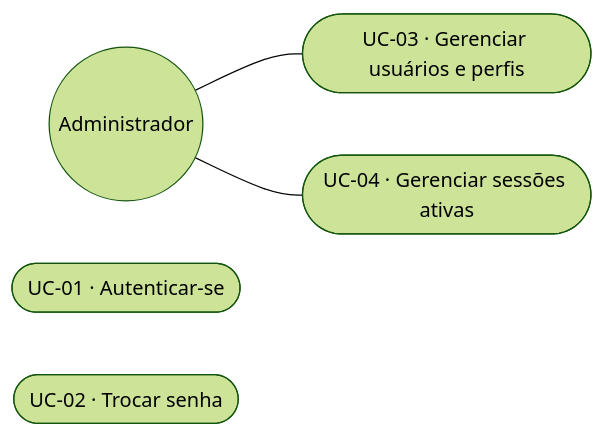
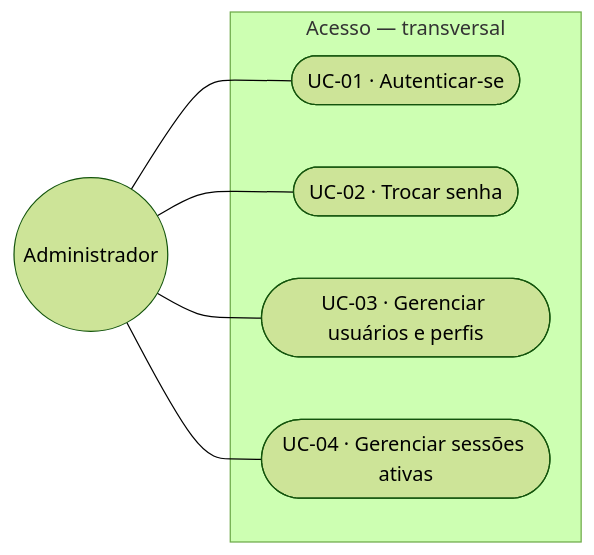
One commit to JoaoMudar/tcc changed the fourth of 4 diagrams in docs/engenharia/C-modelagem/C1-diagrama-casos-de-uso.md. Above: the diagram before and after it, drawn with Mermaid (forest theme). The commit also changed other lines of this file and 1 other file, not shown here.

````diff
--- a/docs/engenharia/C-modelagem/C1-diagrama-casos-de-uso.md
+++ b/docs/engenharia/C-modelagem/C1-diagrama-casos-de-uso.md
@@ -321,11 +217,16 @@
 ```mermaid
 graph LR
   AD(("Administrador"))
-  UC01(["UC-01 · Autenticar-se"])
-  UC02(["UC-02 · Trocar senha"])
-  UC03(["UC-03 · Gerenciar usuários e perfis"])
-  UC04(["UC-04 · Gerenciar sessões ativas"])
+
+  subgraph ACC["Acesso &mdash; transversal"]
+    UC01(["UC-01 · Autenticar-se"])
+    UC02(["UC-02 · Trocar senha"])
+    UC03(["UC-03 · Gerenciar usuários e perfis"])
+    UC04(["UC-04 · Gerenciar sessões ativas"])
+  end
 
   AD --- UC03
   AD --- UC04
+  AD --- UC01
+  AD --- UC02
 ```
````
